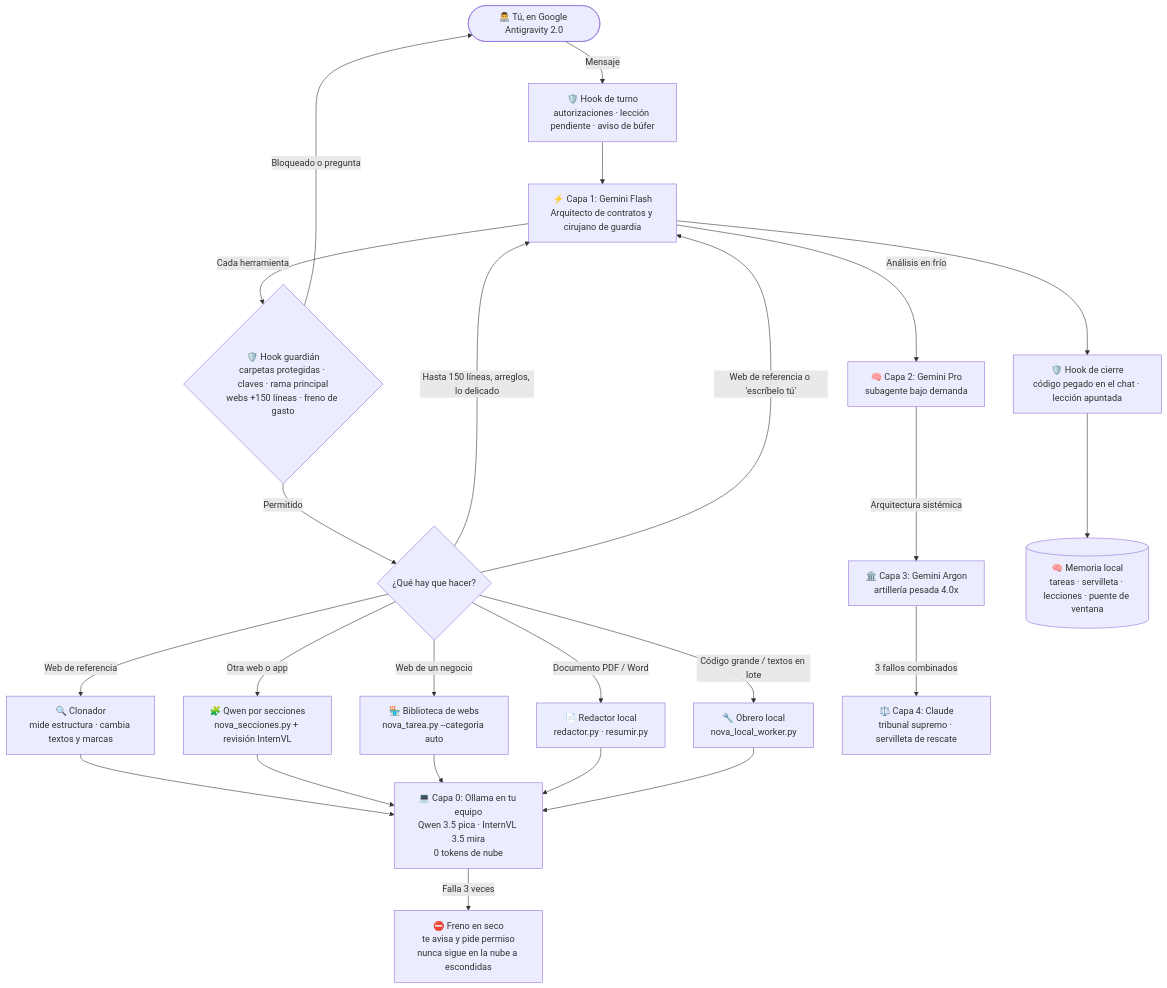
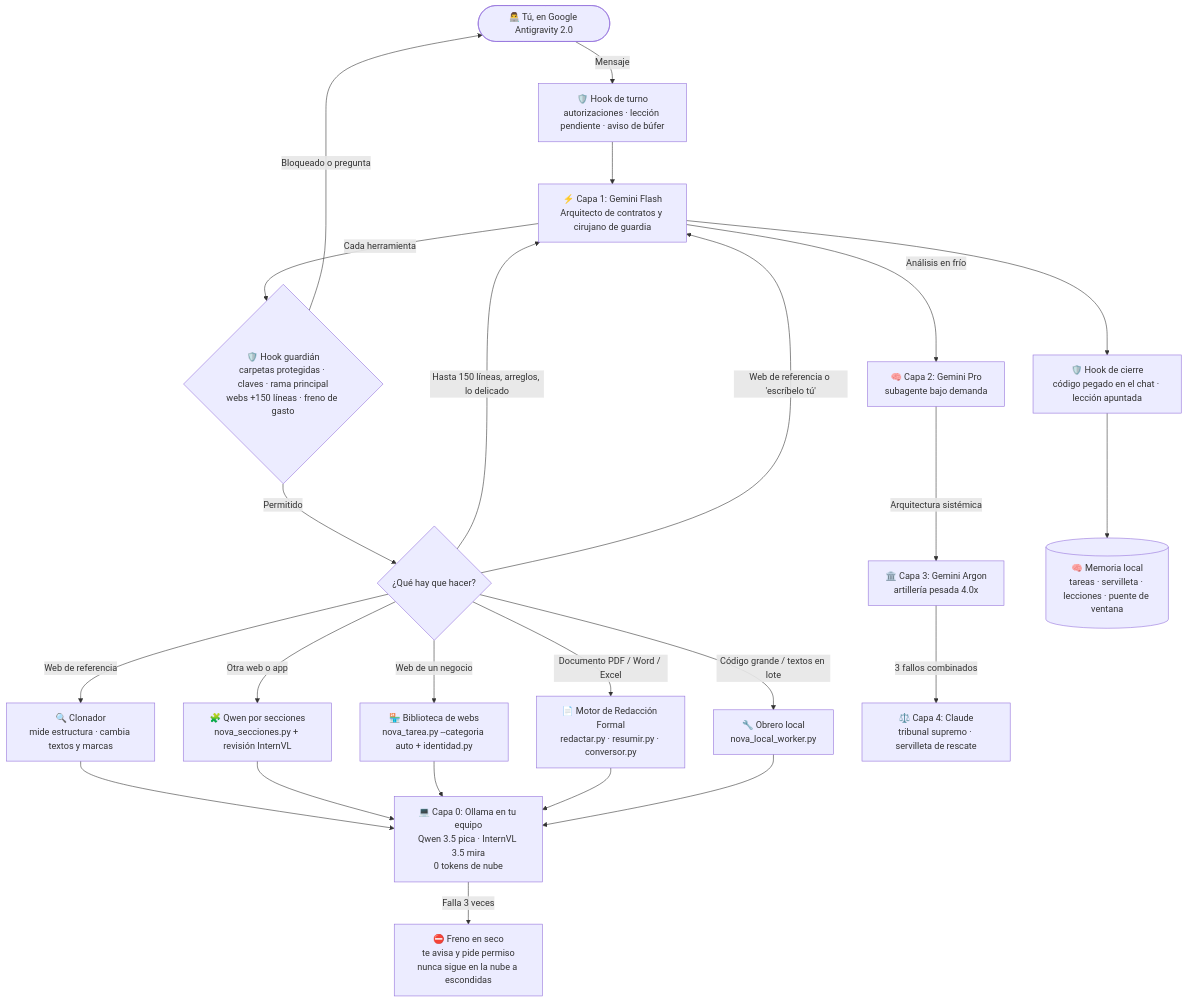
One commit to Luaz2021/Nova-Agent-Core-Demo changed the diagram in README.md. Above: the diagram before and after it, drawn with Mermaid. The commit also changed other lines of this file and 755 other files, not shown here.

Commit message:
feat(v3.1): sync full cloud core, redactar engine, 145+ skills, multi-OS nova_env installers and README

````diff
--- a/README.md
+++ b/README.md
@@ -48,29 +48,29 @@
 ```mermaid
 flowchart TD
     User([👨‍💻 Tú, en Google Antigravity 2.0]) -->|Mensaje| Pre[🛡️ Hook de turno<br>autorizaciones · lección pendiente · aviso de búfer]
     Pre --> Flash[⚡ Capa 1: Gemini Flash<br>Arquitecto de contratos y cirujano de guardia]
     Flash -->|Cada herramienta| Guard{🛡️ Hook guardián<br>carpetas protegidas · claves · rama principal<br>webs +150 líneas · freno de gasto}
     Guard -->|Bloqueado o pregunta| User
     Guard -->|Permitido| Dispatcher{¿Qué hay que hacer?}
 
-    Dispatcher -->|Web de un negocio| Biblio[🏪 Biblioteca de webs<br>nova_tarea.py --categoria auto]
+    Dispatcher -->|Web de un negocio| Biblio[🏪 Biblioteca de webs<br>nova_tarea.py --categoria auto + identidad.py]
     Dispatcher -->|Web de referencia| Clon[🔍 Clonador<br>mide estructura · cambia textos y marcas]
     Dispatcher -->|Otra web o app| Secciones[🧩 Qwen por secciones<br>nova_secciones.py + revisión InternVL]
     Clon --> Capa0
     Secciones --> Capa0
-    Dispatcher -->|Documento PDF / Word| Redactor[📄 Redactor local<br>redactor.py · resumir.py]
+    Dispatcher -->|Documento PDF / Word / Excel| Redactor[📄 Motor de Redacción Formal<br>redactar.py · resumir.py · conversor.py]
     Dispatcher -->|Código grande / textos en lote| Obrero[🔧 Obrero local<br>nova_local_worker.py]
     Biblio --> Capa0
     Redactor --> Capa0
     Obrero --> Capa0[💻 Capa 0: Ollama en tu equipo<br>Qwen 3.5 pica · InternVL 3.5 mira<br>0 tokens de nube]
 
     Dispatcher -->|Hasta 150 líneas, arreglos, lo delicado| Flash
     Dispatcher -->|Web de referencia o 'escríbelo tú'| Flash
     Capa0 -->|Falla 3 veces| Freno[⛔ Freno en seco<br>te avisa y pide permiso<br>nunca sigue en la nube a escondidas]
     Flash -->|Análisis en frío| Pro[🧠 Capa 2: Gemini Pro<br>subagente bajo demanda]
     Pro -->|Arquitectura sistémica| Argon[🏛️ Capa 3: Gemini Argon<br>artillería pesada 4.0x]
     Argon -->|3 fallos combinados| Claude[⚖️ Capa 4: Claude<br>tribunal supremo · servilleta de rescate]
 
     Flash --> Stop[🛡️ Hook de cierre<br>código pegado en el chat · lección apuntada]
     Stop --> Memoria[(🧠 Memoria local<br>tareas · servilleta · lecciones · puente de ventana)]
 ```
````
